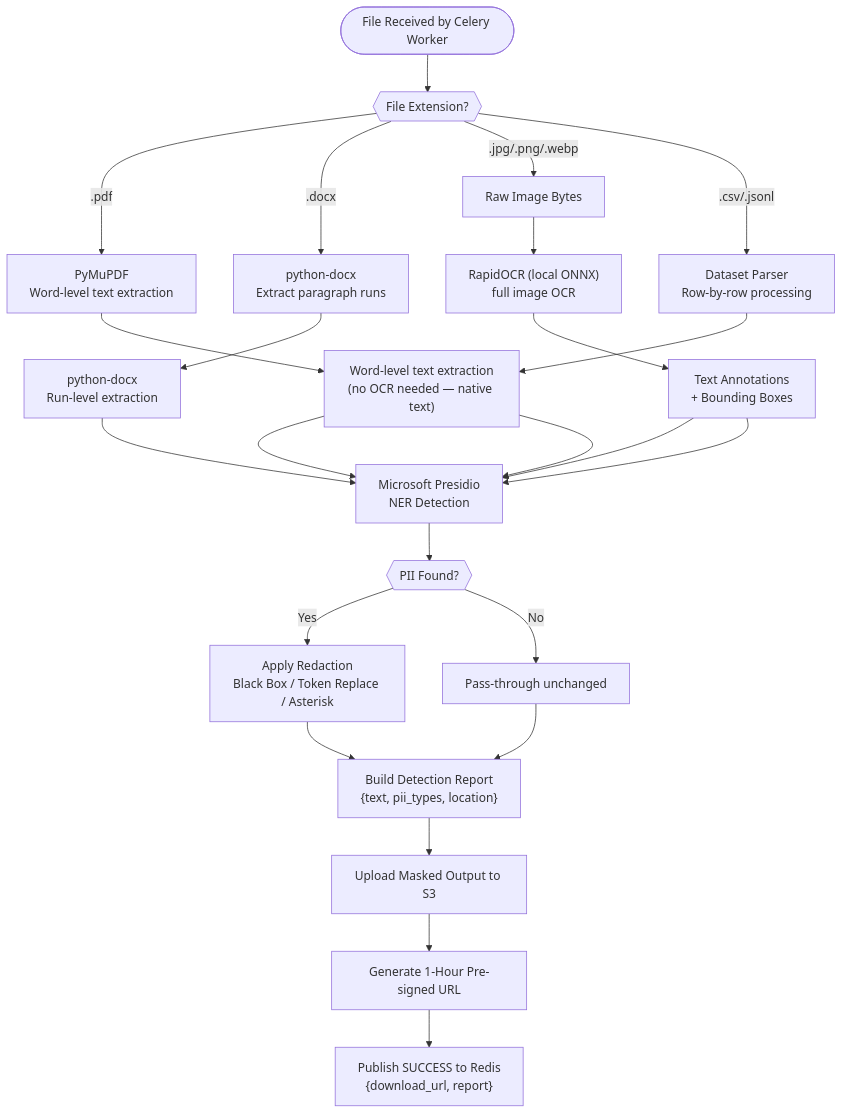
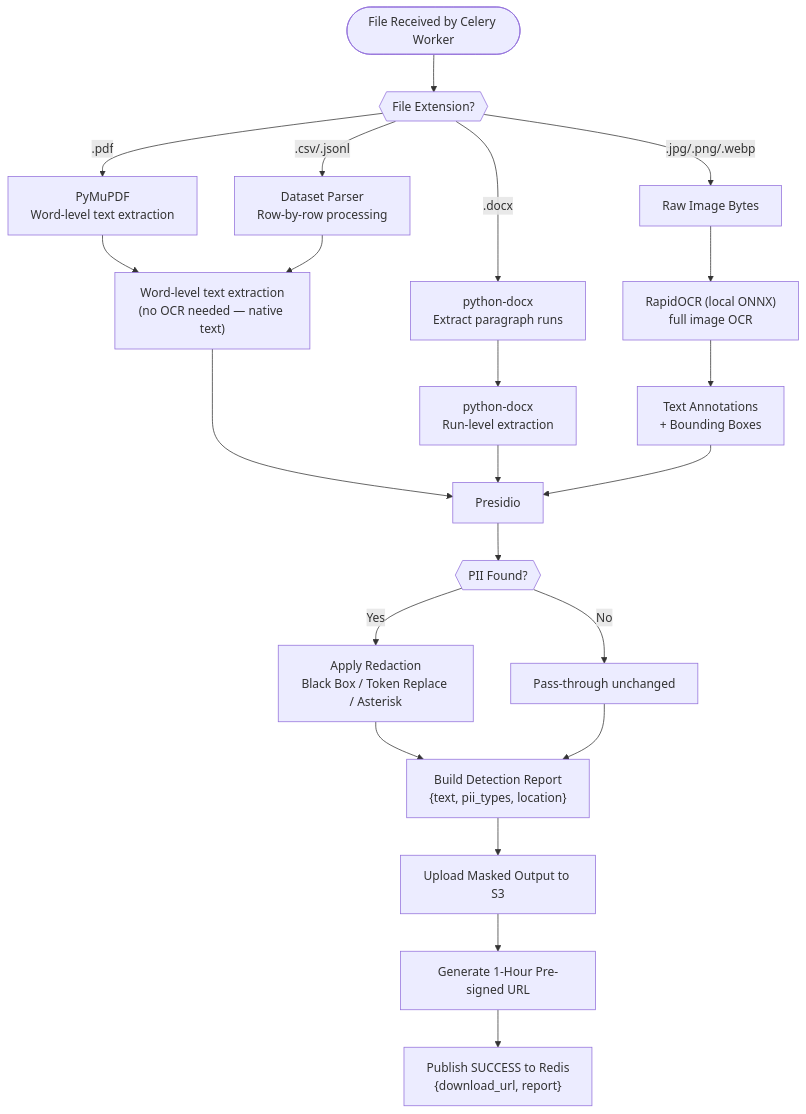
The second of 4 diagrams in README.md (BugHunterX2101/pii-masking-app), drawn with Mermaid before and after one commit. The commit also changed other lines of this file, not shown here.

````diff
--- a/README.md
+++ b/README.md
@@ -194,35 +205,31 @@
 ```mermaid
 flowchart TD
 Start([" File Received by Celery Worker"]) --> TypeCheck{{"File Extension?"}}
 
 TypeCheck -->|".pdf"| PDF["PyMuPDF\nWord-level text extraction"]
 TypeCheck -->|".docx"| DOCX["python-docx\nExtract paragraph runs"]
 TypeCheck -->|".jpg/.png/.webp"| IMG["Raw Image Bytes"]
 TypeCheck -->|".csv/.jsonl"| DS["Dataset Parser\nRow-by-row processing"]
 
 PDF --> Direct["Word-level text extraction\n(no OCR needed — native text)"]
 IMG --> OCR[" RapidOCR (local ONNX)\nfull image OCR"]
 DOCX --> Runs["python-docx\nRun-level extraction"]
 DS --> Direct
 
 OCR --> TextBlocks["Text Annotations\n+ Bounding Boxes"]
 Direct --> Presidio
 Runs --> Presidio
-
 TextBlocks --> Presidio
-
-TextBlocks --> Presidio[" Microsoft Presidio\nNER Detection"]
-Direct --> Presidio
 
 Presidio --> Entities{{"PII Found?"}}
 
 Entities -->|"Yes"| Redact["Apply Redaction\nBlack Box / Token Replace / Asterisk"]
 Entities -->|"No"| PassThrough["Pass-through unchanged"]
 
 Redact --> Report[" Build Detection Report\n{text, pii_types, location}"]
 PassThrough --> Report
 
 Report --> S3Upload[" Upload Masked Output to S3"]
 S3Upload --> PreSignedURL[" Generate 1-Hour Pre-signed URL"]
 PreSignedURL --> ResultBackend[" Publish SUCCESS to Redis\n{download_url, report}"]
 ```
````
